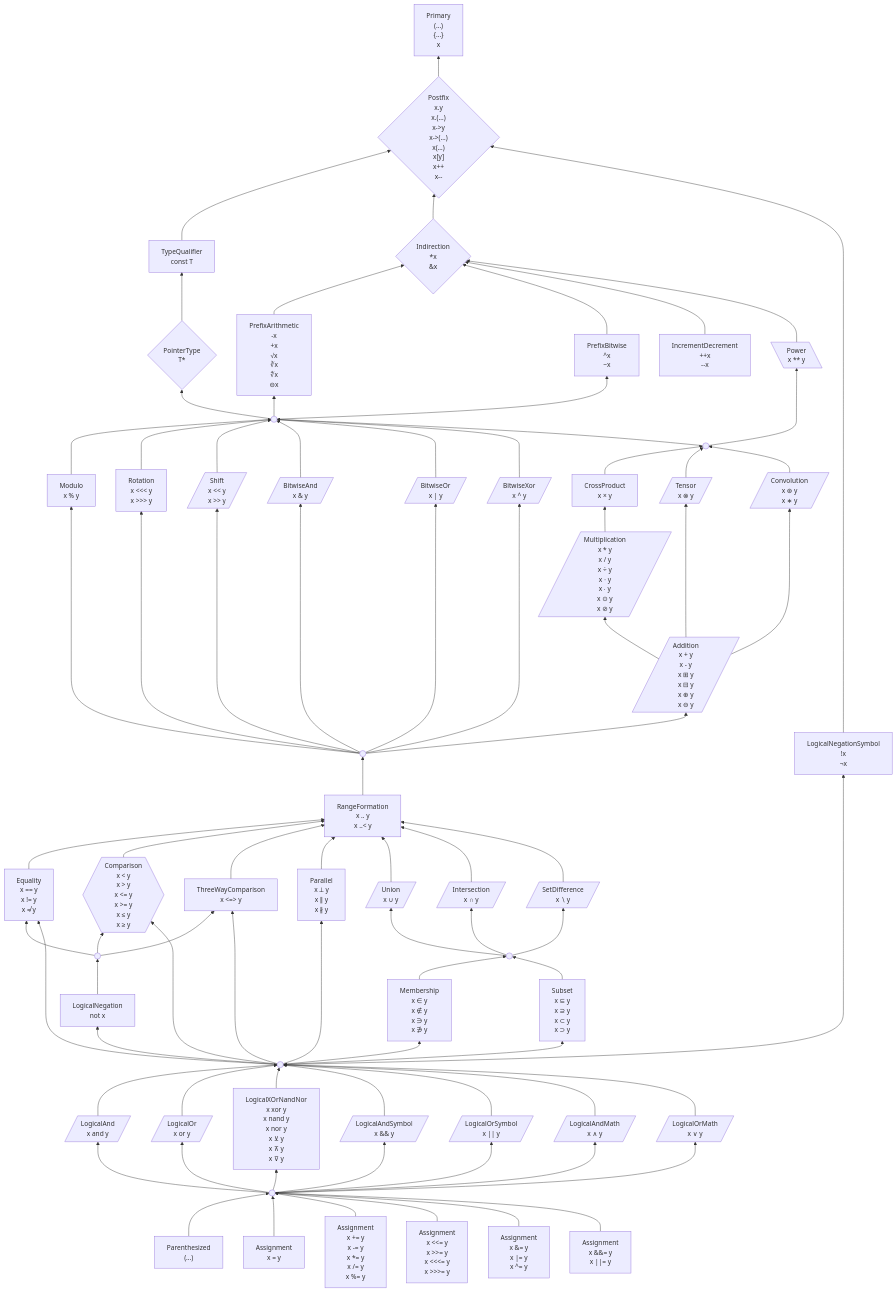
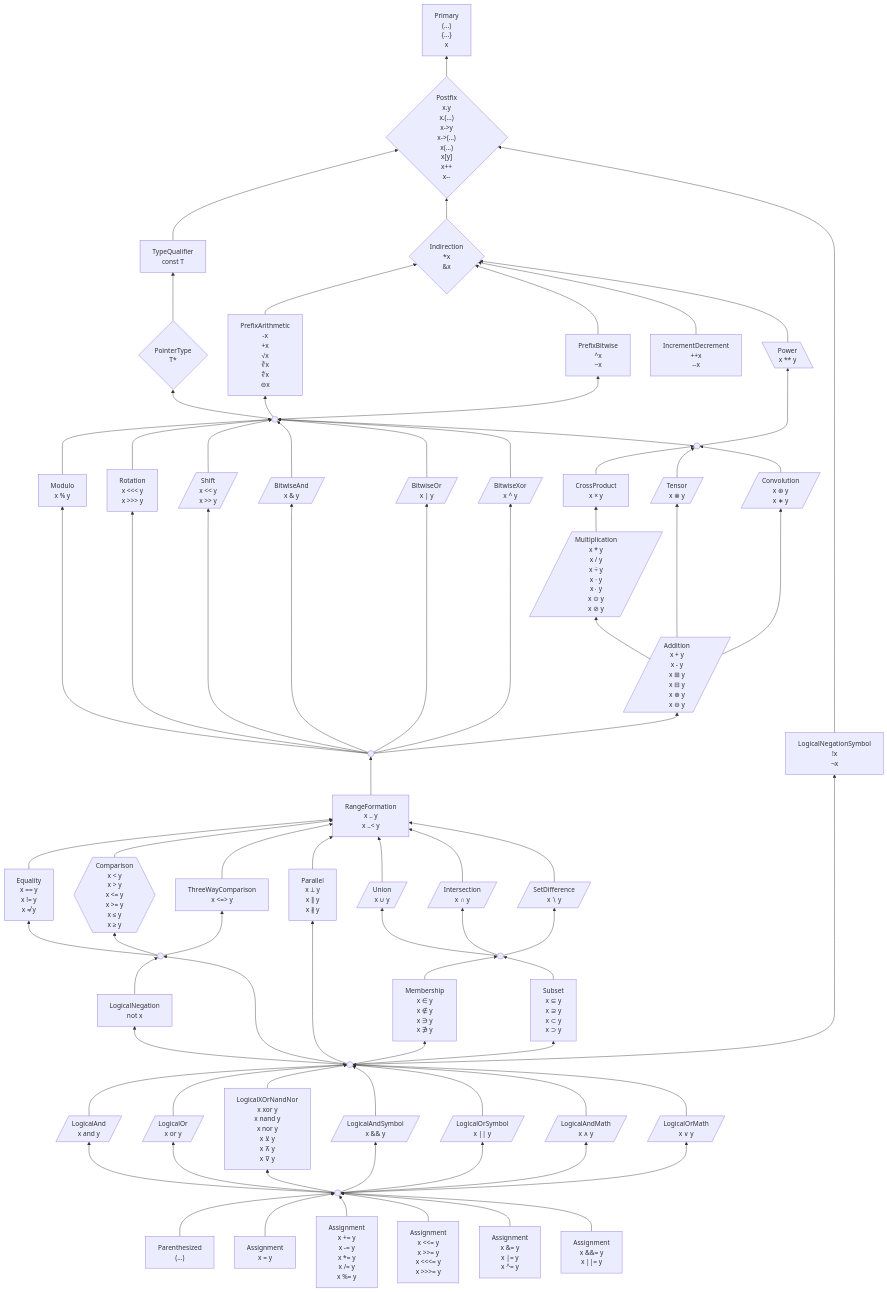
One commit to laro/Cilia changed the first of 2 diagrams in 6 .../2 Unfinished Ideas.md. Above: the diagram before and after it, drawn with Mermaid.

Commit message:
Update 2 Unfinished Ideas.md

```diff
--- a/6 .../2 Unfinished Ideas.md
+++ b/6 .../2 Unfinished Ideas.md
@@ -364,7 +364,7 @@
 ¬x"]
 
 
-    logicalOperand --> equality & comparison & threeWay & membership & subset & parallel & not & bang
+    logicalOperand --> negationOperand & membership & subset & parallel & not & bang
     logicalOperand((" "))
 
 
```
